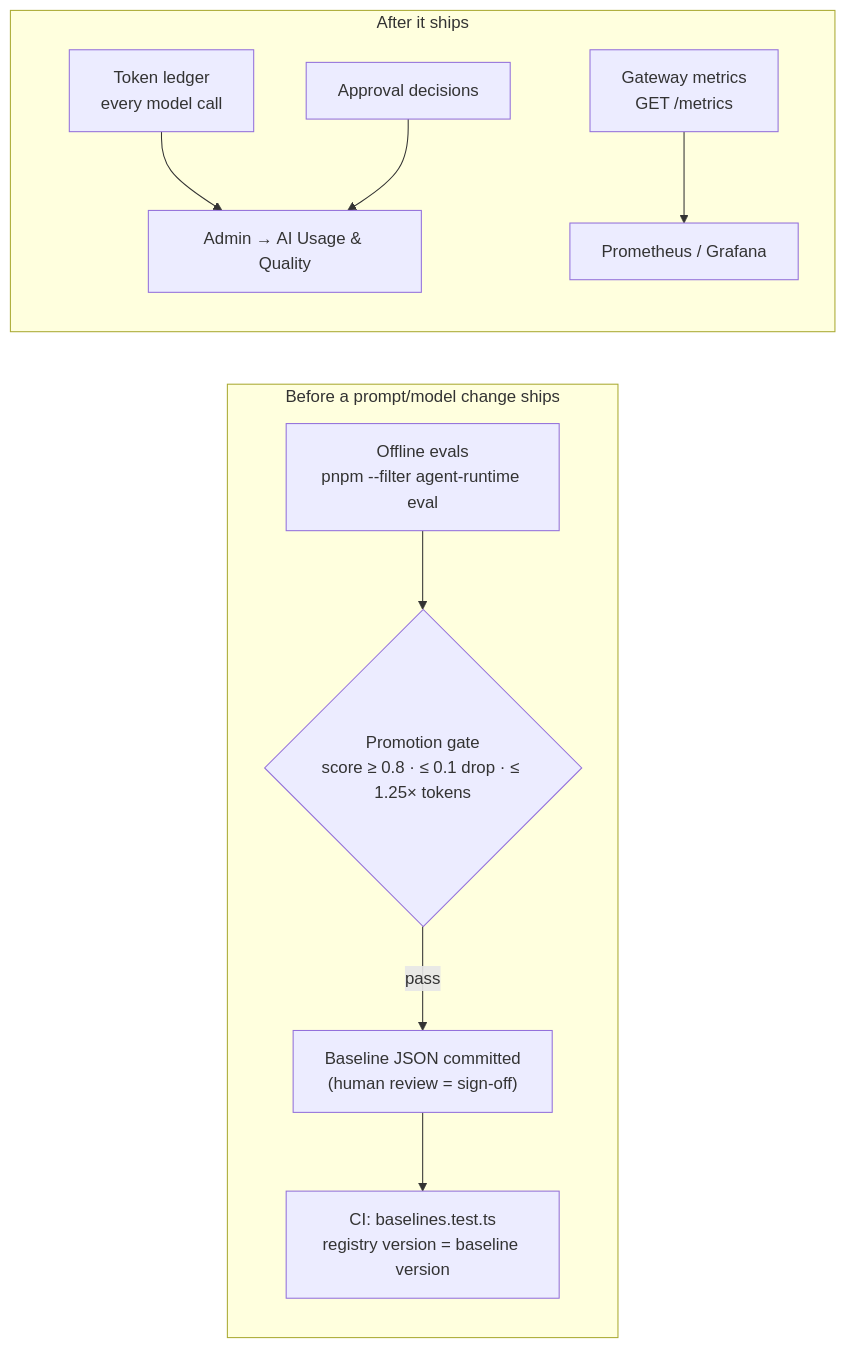
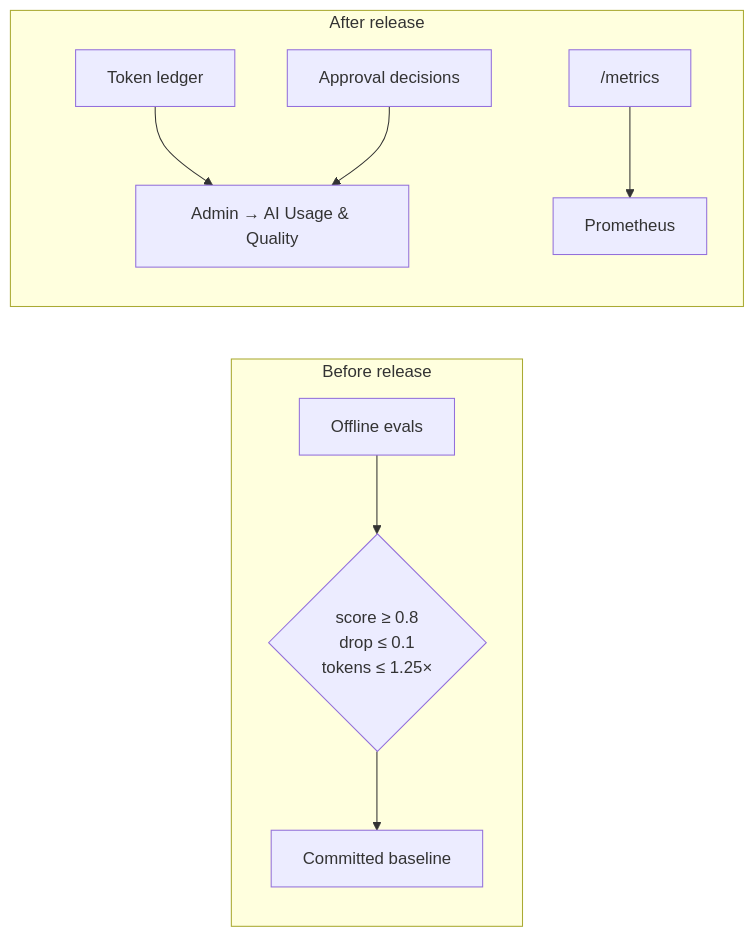
Before and after one commit to HasithaErandika/aura: the ninth of 9 diagrams in docs/ARCHITECTURE.md, drawn with Mermaid. The commit also changed other lines of this file and 19 other files, not shown here.

````diff
--- a/docs/ARCHITECTURE.md
+++ b/docs/ARCHITECTURE.md
@@ -787,13 +290,12 @@
 ```mermaid
 flowchart LR
-    subgraph BEFORE["Before a prompt/model change ships"]
-        EV["Offline evals<br/>pnpm --filter agent-runtime eval"] --> GATE{"Promotion gate<br/>score ≥ 0.8 · ≤ 0.1 drop · ≤ 1.25× tokens"}
-        GATE -- "pass" --> BASE["Baseline JSON committed<br/>(human review = sign-off)"]
-        BASE --> CI["CI: baselines.test.ts<br/>registry version = baseline version"]
+    subgraph BEFORE["Before release"]
+        EV["Offline evals"] --> GATE{"score ≥ 0.8<br/>drop ≤ 0.1<br/>tokens ≤ 1.25×"}
+        GATE --> BASE["Committed baseline"]
     end
-    subgraph AFTER["After it ships"]
-        LEDGER["Token ledger<br/>every model call"] --> PAGE["Admin → AI Usage & Quality"]
+    subgraph AFTER["After release"]
+        LEDGER["Token ledger"] --> PAGE["Admin → AI Usage & Quality"]
         DEC["Approval decisions"] --> PAGE
-        GW["Gateway metrics<br/>GET /metrics"] --> PROM["Prometheus / Grafana"]
+        MET["/metrics"] --> PROM["Prometheus"]
     end
 ```
````
